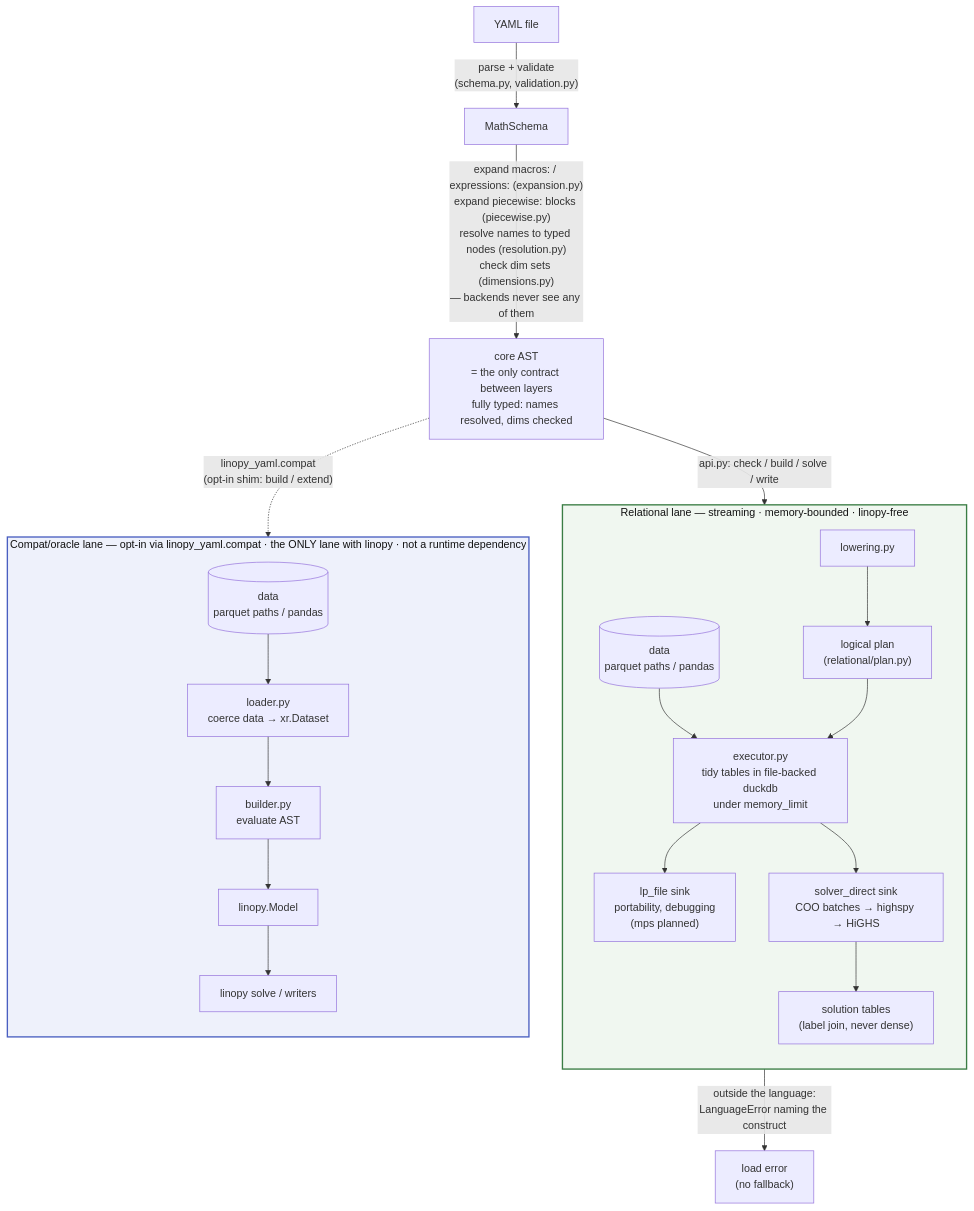
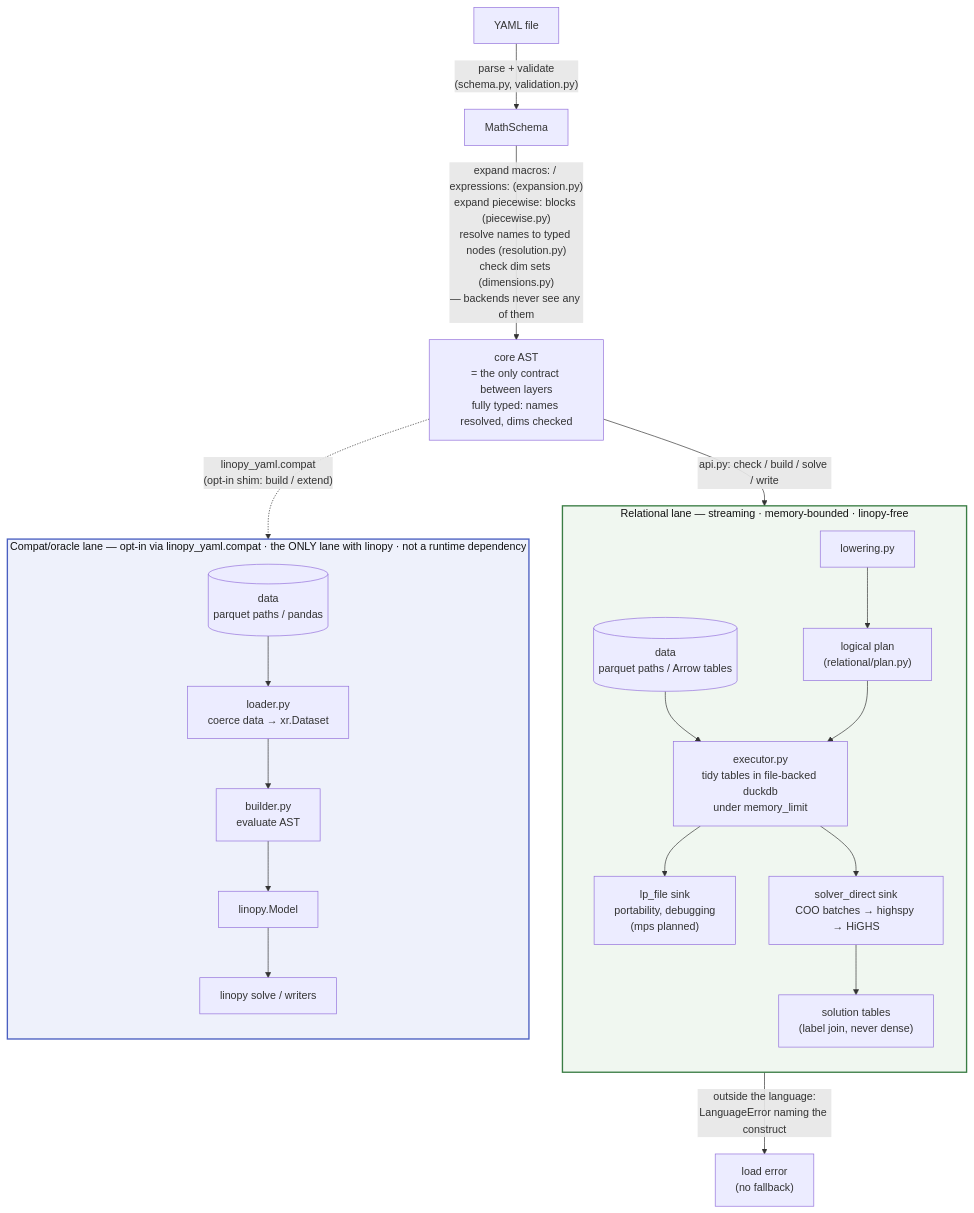
The diagram in ARCHITECTURE.md (FBumann/farkas), drawn with Mermaid before and after one commit. The commit also changed other lines of this file and 16 other files, not shown here.

First line of the commit message:
feat!: Arrow is the data boundary; pandas is no longer a dependency

````diff
--- a/ARCHITECTURE.md
+++ b/ARCHITECTURE.md
@@ -23,30 +23,30 @@
 ```mermaid
 flowchart TB
     Y[YAML file] -->|"parse + validate<br/>(schema.py, validation.py)"| MS[MathSchema]
     MS -->|"expand macros: / expressions: (expansion.py)<br/>expand piecewise: blocks (piecewise.py)<br/>resolve names to typed nodes (resolution.py)<br/>check dim sets (dimensions.py)<br/>— backends never see any of them"| AST["core AST<br/>= the only contract between layers<br/>fully typed: names resolved, dims checked"]
     AST -->|"api.py: check / build / solve / write"| LOWER
     AST -.->|"linopy_yaml.compat<br/>(opt-in shim: build / extend)"| BUILD
     LOWER -->|"outside the language:<br/>LanguageError naming the construct"| ERR["load error<br/>(no fallback)"]
 
     subgraph REL["Relational lane — streaming · memory-bounded · linopy-free"]
         direction TB
         LOWER["lowering.py"] --> PLAN["logical plan<br/>(relational/plan.py)"]
-        DR[("data<br/>parquet paths / pandas")] --> EXEC
+        DR[("data<br/>parquet paths / Arrow tables")] --> EXEC
         PLAN --> EXEC["executor.py<br/>tidy tables in file-backed duckdb<br/>under memory_limit"]
         EXEC --> LPS["lp_file sink<br/>portability, debugging<br/>(mps planned)"]
         EXEC --> DIRECT["solver_direct sink<br/>COO batches → highspy → HiGHS"]
         DIRECT --> SOL["solution tables<br/>(label join, never dense)"]
     end
 
     subgraph EAGER["Compat/oracle lane — opt-in via linopy_yaml.compat · the ONLY lane with linopy · not a runtime dependency"]
         direction TB
         DE[("data<br/>parquet paths / pandas")] --> LOAD["loader.py<br/>coerce data → xr.Dataset"]
         LOAD --> BUILD["builder.py<br/>evaluate AST"]
         BUILD --> MODEL[linopy.Model] --> SOLVE["linopy solve / writers"]
     end
 
     classDef laneR fill:#f0f7f0,stroke:#3a7d44,stroke-width:2px,color:#111
     classDef laneE fill:#eef1fb,stroke:#4a5fc1,stroke-width:2px,color:#111
     class REL laneR
     class EAGER laneE
 ```
````
